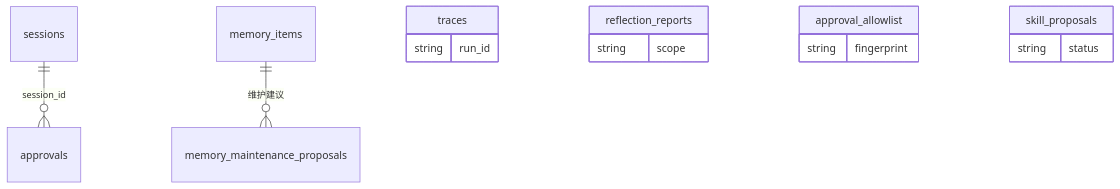
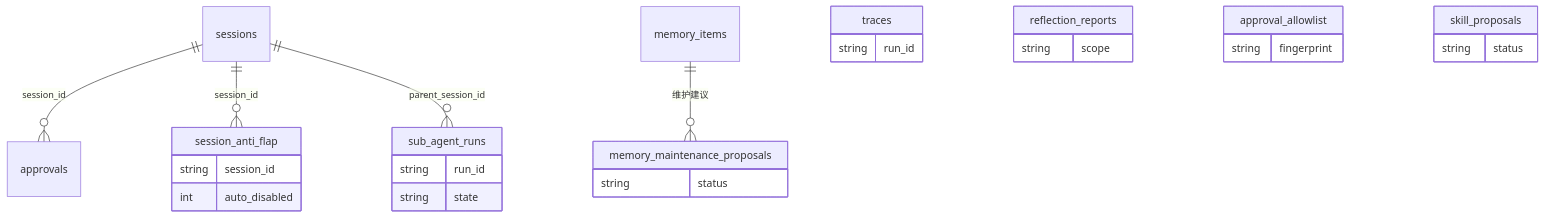
Before and after one commit to Summy2104/fleetent: the third of 4 diagrams in docs/architecture/data-model.md, drawn with Mermaid. The commit also changed other lines of this file and 23 other files, not shown here.

````diff
--- a/docs/architecture/data-model.md
+++ b/docs/architecture/data-model.md
@@ -138,17 +136,30 @@
 ```mermaid
 erDiagram
   sessions ||--o{ approvals : "session_id"
+  sessions ||--o{ session_anti_flap : "session_id"
+  sessions ||--o{ sub_agent_runs : "parent_session_id"
   memory_items ||--o{ memory_maintenance_proposals : "维护建议"
   traces {
     string run_id
   }
   reflection_reports {
     string scope
   }
   approval_allowlist {
     string fingerprint
   }
+  session_anti_flap {
+    string session_id
+    int auto_disabled
+  }
+  sub_agent_runs {
+    string run_id
+    string state
+  }
+  memory_maintenance_proposals {
+    string status
+  }
   skill_proposals {
     string status
   }
 ```
````
